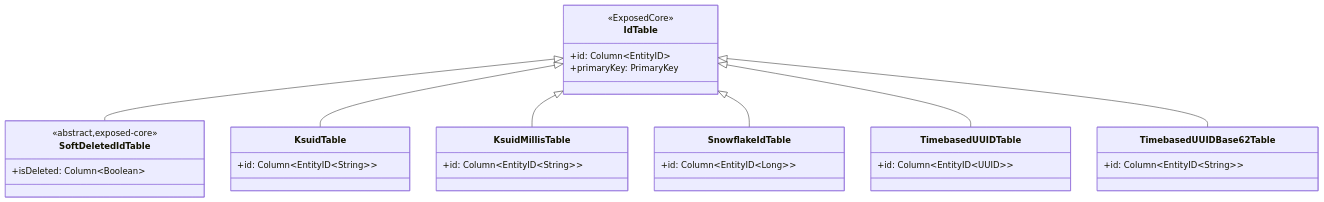
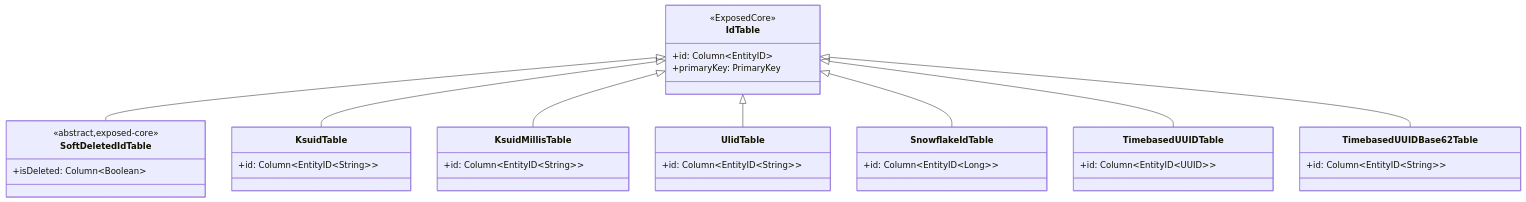
One commit to bluetape4k/bluetape4k-projects changed the first of 3 diagrams in data/exposed-dao/README.md. Above: the diagram before and after it, drawn with Mermaid. The commit also changed other lines of this file and 6 other files, not shown here.

````diff
--- a/data/exposed-dao/README.md
+++ b/data/exposed-dao/README.md
@@ -206,34 +227,38 @@
 ```mermaid
 classDiagram
     class IdTable {
 <<ExposedCore>>
 +id: Column~EntityID~
 +primaryKey: PrimaryKey
 }
 class SoftDeletedIdTable {
 <<abstract,exposed-core>>
 +isDeleted: Column~Boolean~
 }
 class KsuidTable {
 +id: Column~EntityID~String~~
 }
 class KsuidMillisTable {
 +id: Column~EntityID~String~~
 }
+class UlidTable {
++id: Column~EntityID~String~~
+}
 class SnowflakeIdTable {
 +id: Column~EntityID~Long~~
 }
 class TimebasedUUIDTable {
 +id: Column~EntityID~UUID~~
 }
 class TimebasedUUIDBase62Table {
 +id: Column~EntityID~String~~
 }
 
 IdTable <|-- SoftDeletedIdTable
 IdTable <|-- KsuidTable
 IdTable <|-- KsuidMillisTable
+IdTable <|-- UlidTable
 IdTable <|-- SnowflakeIdTable
 IdTable <|-- TimebasedUUIDTable
 IdTable <|-- TimebasedUUIDBase62Table
 ```
````
